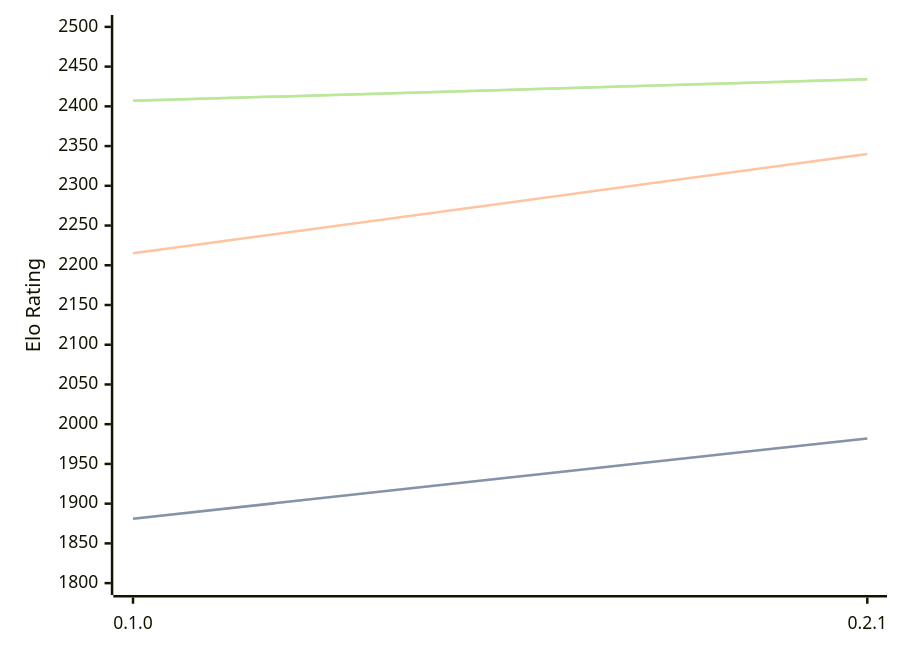
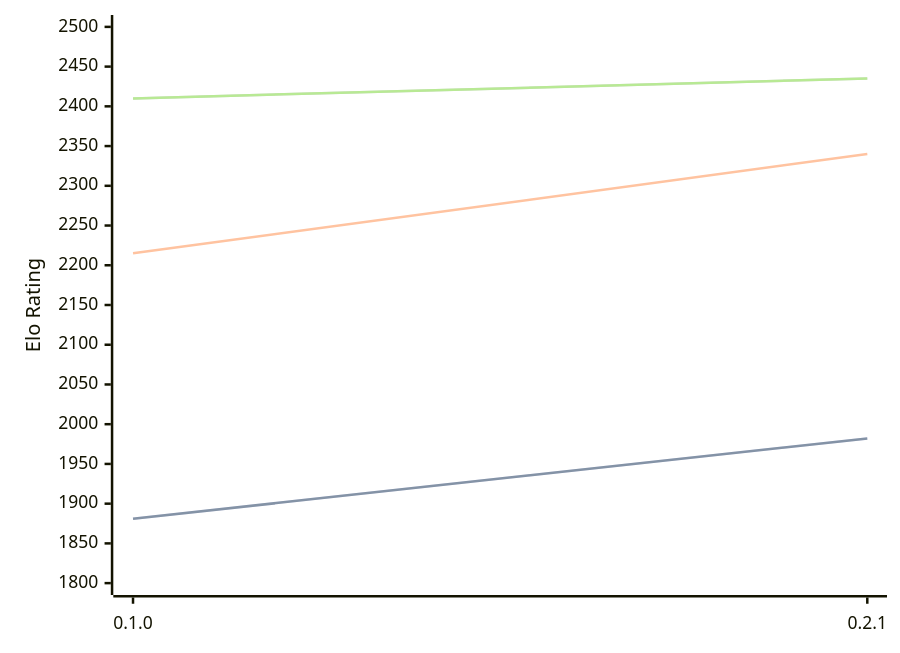
Before and after one commit to computer-chess-index/cci: the third of 3 diagrams in engines/Sykora.md, drawn with Mermaid. The commit also changed other lines of this file, not shown here.

Commit message:
Update CCI Ratings (ELO VLTC) - 2026-07-02

````diff
--- a/engines/Sykora.md
+++ b/engines/Sykora.md
@@ -66,11 +66,11 @@
 ```mermaid
 %%{init: {"theme":"base","themeVariables":{"seriesColors:['#a3a3a3','#222221','#faa371']}}}%%
 xychart-beta
   x-axis ["0.1.0", "0.2.1"]
   y-axis "Elo Rating" 1800 --> 2500
   line "STC (8.0+0.08s)" [1881, 1982]
   line "STC (8.0+0.08s)" [1881, 1982]
   line "LTC (60.0+0.60s)" [2215, 2340]
-  line "VLTC (2m24s+1.12s)" [2407, 2434]
-  line "VLTC (2m24s+1.12s)" [2407, 2434]
+  line "VLTC (2m24s+1.12s)" [2410, 2435]
+  line "VLTC (2m24s+1.12s)" [2410, 2435]
 ```
````
